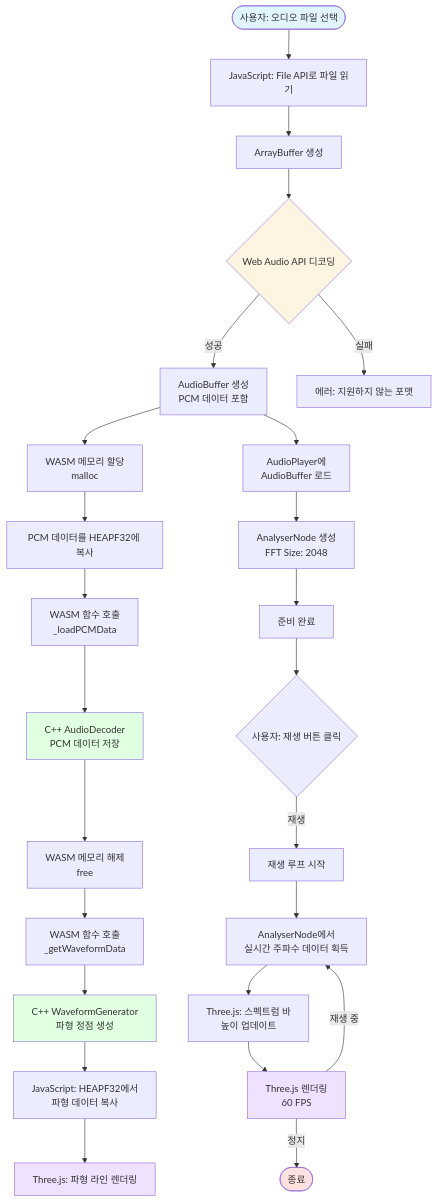
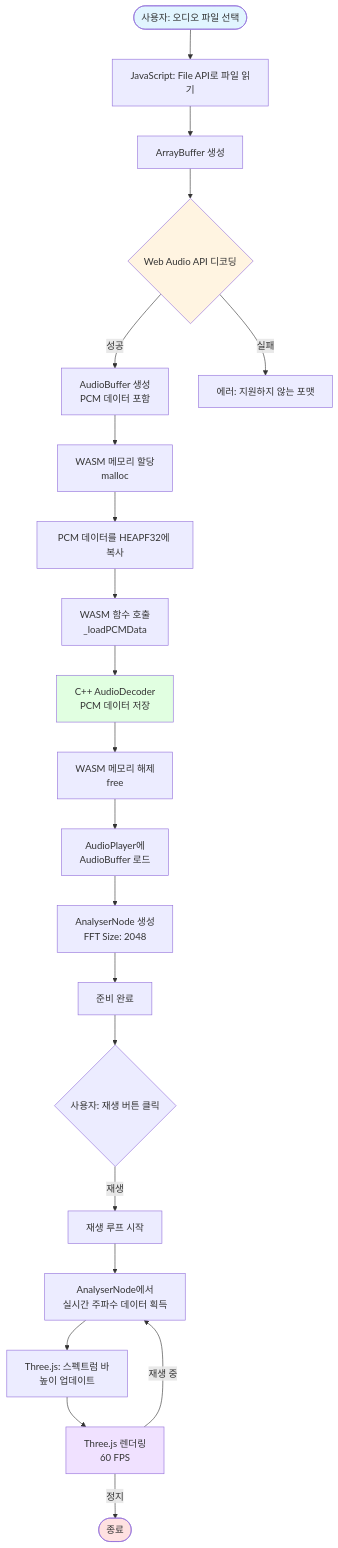
One commit to AshtonYoon/wasm-audio-visualizer changed the first of 8 diagrams in ARCHITECTURE.md. Above: the diagram before and after it, drawn with Mermaid. The commit also changed other lines of this file and 6 other files, not shown here.

Commit message:
- disable feature (waveform generator)

````diff
--- a/ARCHITECTURE.md
+++ b/ARCHITECTURE.md
@@ -11,43 +11,36 @@
 ```mermaid
 flowchart TD
     Start([사용자: 오디오 파일 선택]) --> ReadFile[JavaScript: File API로 파일 읽기]
     ReadFile --> ArrayBuffer[ArrayBuffer 생성]
     ArrayBuffer --> WebAudio{Web Audio API 디코딩}
 
     WebAudio -->|성공| AudioBuffer[AudioBuffer 생성<br/>PCM 데이터 포함]
     WebAudio -->|실패| Error1[에러: 지원하지 않는 포맷]
 
     AudioBuffer --> AllocWASM[WASM 메모리 할당<br/>malloc]
     AllocWASM --> CopyPCM[PCM 데이터를 HEAPF32에 복사]
     CopyPCM --> CallWASM[WASM 함수 호출<br/>_loadPCMData]
 
     CallWASM --> CPPDecoder[C++ AudioDecoder<br/>PCM 데이터 저장]
     CPPDecoder --> Free[WASM 메모리 해제<br/>free]
 
-    Free --> GetWaveform[WASM 함수 호출<br/>_getWaveformData]
-    GetWaveform --> CPPWaveform[C++ WaveformGenerator<br/>파형 정점 생성]
-    CPPWaveform --> CopyWaveform[JavaScript: HEAPF32에서<br/>파형 데이터 복사]
-    CopyWaveform --> ThreeJS1[Three.js: 파형 라인 렌더링]
-
-    AudioBuffer --> LoadPlayer[AudioPlayer에<br/>AudioBuffer 로드]
+    Free --> LoadPlayer[AudioPlayer에<br/>AudioBuffer 로드]
     LoadPlayer --> CreateAnalyser[AnalyserNode 생성<br/>FFT Size: 2048]
     CreateAnalyser --> Ready[준비 완료]
 
     Ready --> UserPlay{사용자: 재생 버튼 클릭}
     UserPlay -->|재생| PlayLoop[재생 루프 시작]
 
     PlayLoop --> GetFreq[AnalyserNode에서<br/>실시간 주파수 데이터 획득]
     GetFreq --> UpdateBars[Three.js: 스펙트럼 바<br/>높이 업데이트]
     UpdateBars --> Render[Three.js 렌더링<br/>60 FPS]
     Render -->|재생 중| GetFreq
 
     Render -->|정지| End([종료])
 
     style Start fill:#e1f5ff
     style End fill:#ffe1e1
     style WebAudio fill:#fff4e1
     style CPPDecoder fill:#e1ffe1
-    style CPPWaveform fill:#e1ffe1
-    style ThreeJS1 fill:#f0e1ff
     style Render fill:#f0e1ff
 ```
````
